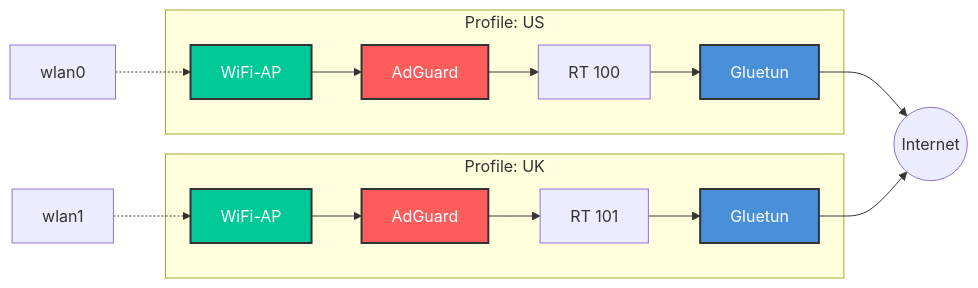
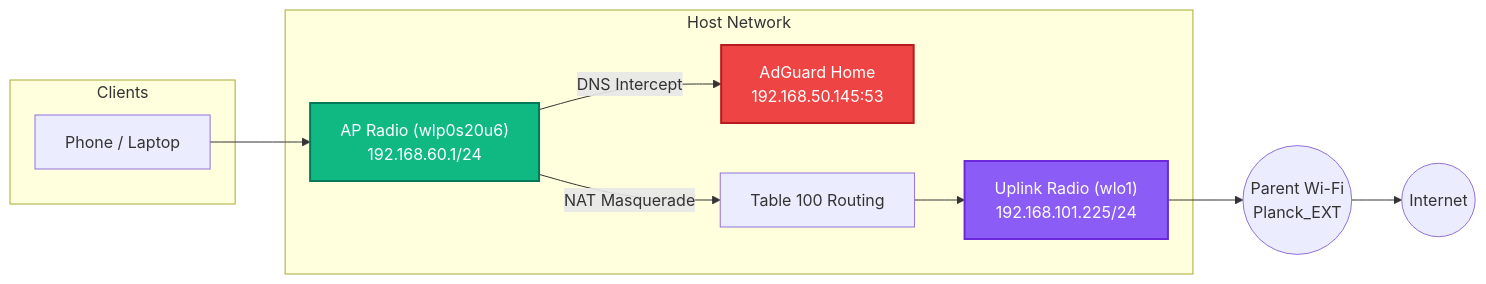
One commit to virajt71/nordvpn_ap changed the second of 2 diagrams in README.md. Above: the diagram before and after it, drawn with Mermaid. The commit also changed other lines of this file and 30 other files, not shown here.

Commit message:
feat: repeater mode, AdGuard DNS auto-detect, self-healing entrypoint, UI improvements, and docs

````diff
--- a/README.md
+++ b/README.md
@@ -64,19 +86,26 @@
 ```mermaid
 graph LR
-    subgraph "Profile: US"
-        AP1[WiFi-AP] --> AGH1[AdGuard] --> RT1[RT 100] --> GT1[Gluetun]
+    subgraph Clients
+        C1[Phone / Laptop]
     end
-    subgraph "Profile: UK"
-        AP2[WiFi-AP] --> AGH2[AdGuard] --> RT2[RT 101] --> GT2[Gluetun]
+
+    subgraph Host Network
+        AP_DEV["AP Radio (wlp0s20u6)<br/>192.168.60.1/24"]
+        UL_DEV["Uplink Radio (wlo1)<br/>192.168.101.225/24"]
+        DNS["AdGuard Home<br/>192.168.50.145:53"]
+        RT["Table 100 Routing"]
     end
-    W1[wlan0] -.-> AP1
-    W2[wlan1] -.-> AP2
-    GT1 --> I((Internet))
-    GT2 --> I
-    classDef vpnStyle fill:#4a90d9,stroke:#333,stroke-width:2px,color:#fff;
-    classDef apStyle fill:#00c896,stroke:#333,stroke-width:2px,color:#fff;
-    classDef aghStyle fill:#ff5c5c,stroke:#333,stroke-width:2px,color:#fff;
-    class GT1,GT2 vpnStyle;
-    class AP1,AP2 apStyle;
-    class AGH1,AGH2 aghStyle;
+
+    ParentAP((Parent Wi-Fi<br/>Planck_EXT))
+
+    C1 --> AP_DEV
+    AP_DEV -- "DNS Intercept" --> DNS
+    AP_DEV -- "NAT Masquerade" --> RT
+    RT --> UL_DEV
+    UL_DEV --> ParentAP
+    ParentAP --> WWW((Internet))
+
+    style AP_DEV fill:#10b981,stroke:#047857,stroke-width:2px,color:#fff
+    style UL_DEV fill:#8b5cf6,stroke:#6d28d9,stroke-width:2px,color:#fff
+    style DNS fill:#ef4444,stroke:#b91c1c,stroke-width:2px,color:#fff
 ```
````
